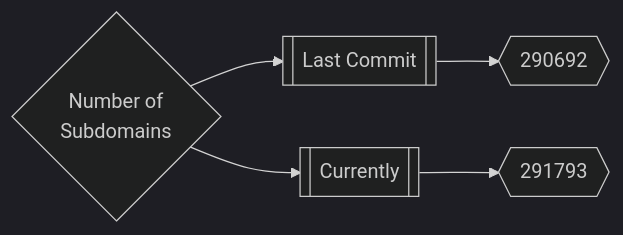
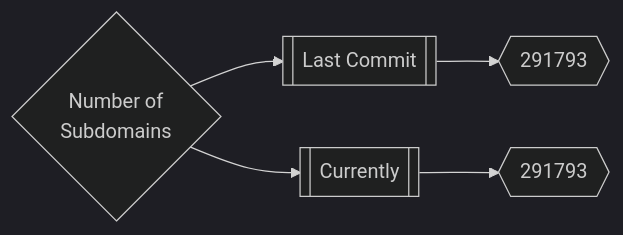
The first of 3 diagrams in README.md (trickest/inventory), drawn with Mermaid (dark theme) before and after one commit.

Commit message:
Update Sun May  1 14:52:01 UTC 2022

````diff
--- a/README.md
+++ b/README.md
@@ -165,5 +165,5 @@
 ```mermaid
 graph LR
-title{Number of<br>Subdomains} --> subdomainsDate1[[Last Commit]] --> subdomainsNum1{{290692}}
+title{Number of<br>Subdomains} --> subdomainsDate1[[Last Commit]] --> subdomainsNum1{{291793}}
 title --> subdomainsDate2[[Currently]] --> subdomainsNum2{{291793}}
 ```
````
